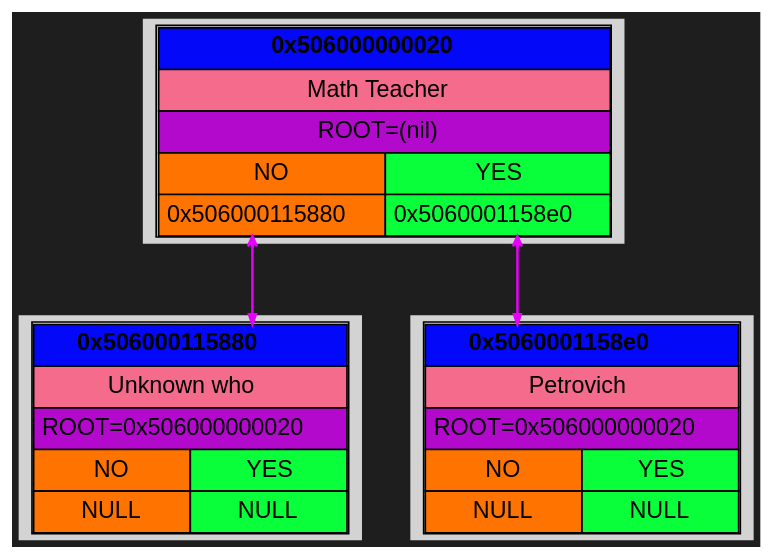
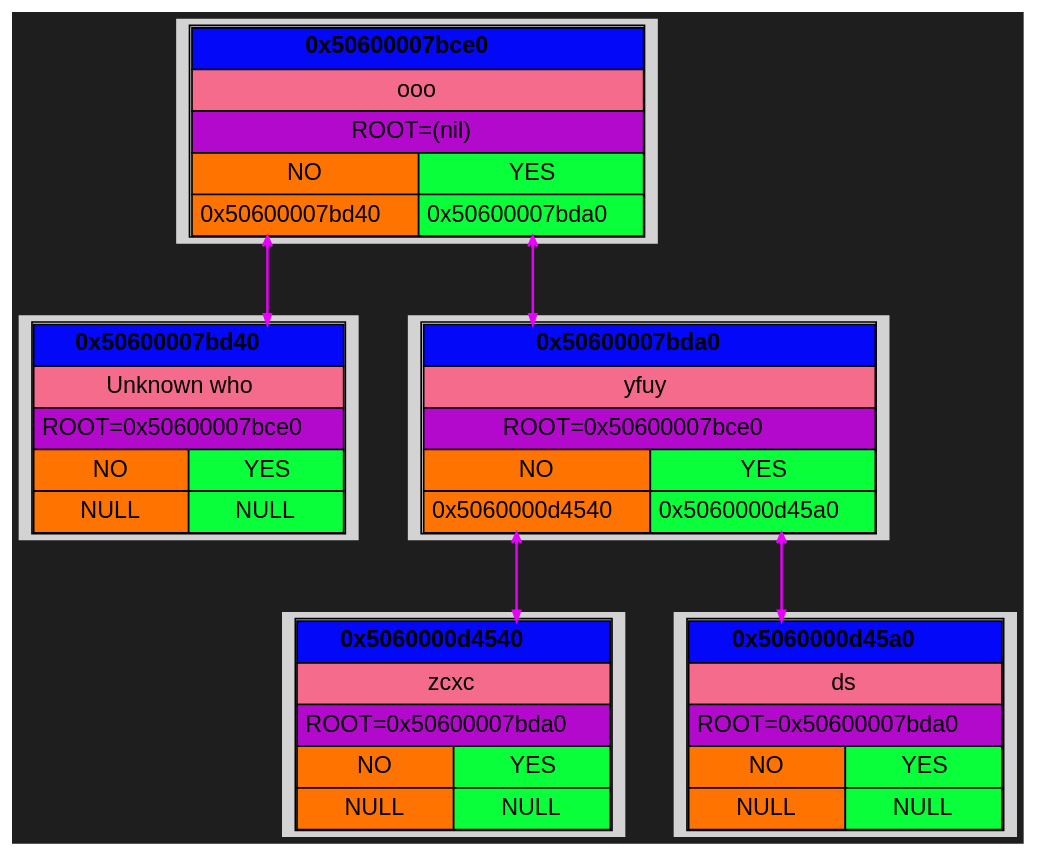
The diagram in DUMPS/DUMP_1/graph.dot (Kabuto-Mainer/Akinator), drawn with Graphviz before and after one commit. The commit also changed 62 other files, not shown here.

```diff
--- a/DUMPS/DUMP_1/graph.dot
+++ b/DUMPS/DUMP_1/graph.dot
@@ -1,49 +1,75 @@
 digraph {
   rankdir=UD;
   bgcolor="#1e1e1e"
   splines=ortho;
   nodesep=0.4;
   ranksep=0.6;
   node [shape=plaintext, style=filled, fontname="Helvetica"];
   edge [arrowhead=vee, arrowsize=0.6, penwidth=1.2];
 
-block_0x506000115880 [label=<
+block_0x50600007bd40 [label=<
 <TABLE CELLSPACING="0" CELLPADDING="4">
-<TR><TD PORT="root" BGCOLOR="#0308f9ff" COLSPAN="2"><B>0x506000115880</B></TD></TR>
+<TR><TD PORT="root" BGCOLOR="#0308f9ff" COLSPAN="2"><B>0x50600007bd40</B></TD></TR>
 <TR><TD BGCOLOR="#f46b8bff" COLSPAN="2">Unknown who</TD></TR>
-<TR><TD BGCOLOR="#b209ccff" COLSPAN="2">ROOT=0x506000000020</TD></TR>
+<TR><TD BGCOLOR="#b209ccff" COLSPAN="2">ROOT=0x50600007bce0</TD></TR>
 <TR><TD BGCOLOR="#ff7301ff">NO</TD><TD BGCOLOR="#08ff3aff">YES</TD></TR>
 <TR>
 <TD PORT="left" BGCOLOR="#ff7301ff">NULL</TD>
 <TD PORT="right" BGCOLOR="#08ff3aff">NULL</TD>
 </TR>
 </TABLE> >];
 
-block_0x5060001158e0 [label=<
+block_0x5060000d4540 [label=<
 <TABLE CELLSPACING="0" CELLPADDING="4">
-<TR><TD PORT="root" BGCOLOR="#0308f9ff" COLSPAN="2"><B>0x5060001158e0</B></TD></TR>
-<TR><TD BGCOLOR="#f46b8bff" COLSPAN="2">Petrovich</TD></TR>
-<TR><TD BGCOLOR="#b209ccff" COLSPAN="2">ROOT=0x506000000020</TD></TR>
+<TR><TD PORT="root" BGCOLOR="#0308f9ff" COLSPAN="2"><B>0x5060000d4540</B></TD></TR>
+<TR><TD BGCOLOR="#f46b8bff" COLSPAN="2">zcxc</TD></TR>
+<TR><TD BGCOLOR="#b209ccff" COLSPAN="2">ROOT=0x50600007bda0</TD></TR>
 <TR><TD BGCOLOR="#ff7301ff">NO</TD><TD BGCOLOR="#08ff3aff">YES</TD></TR>
 <TR>
 <TD PORT="left" BGCOLOR="#ff7301ff">NULL</TD>
 <TD PORT="right" BGCOLOR="#08ff3aff">NULL</TD>
 </TR>
 </TABLE> >];
 
-block_0x506000000020 [label=<
+block_0x5060000d45a0 [label=<
 <TABLE CELLSPACING="0" CELLPADDING="4">
-<TR><TD PORT="root" BGCOLOR="#0308f9ff" COLSPAN="2"><B>0x506000000020</B></TD></TR>
-<TR><TD BGCOLOR="#f46b8bff" COLSPAN="2">Math Teacher</TD></TR>
+<TR><TD PORT="root" BGCOLOR="#0308f9ff" COLSPAN="2"><B>0x5060000d45a0</B></TD></TR>
+<TR><TD BGCOLOR="#f46b8bff" COLSPAN="2">ds</TD></TR>
+<TR><TD BGCOLOR="#b209ccff" COLSPAN="2">ROOT=0x50600007bda0</TD></TR>
+<TR><TD BGCOLOR="#ff7301ff">NO</TD><TD BGCOLOR="#08ff3aff">YES</TD></TR>
+<TR>
+<TD PORT="left" BGCOLOR="#ff7301ff">NULL</TD>
+<TD PORT="right" BGCOLOR="#08ff3aff">NULL</TD>
+</TR>
+</TABLE> >];
+
+block_0x50600007bda0 [label=<
+<TABLE CELLSPACING="0" CELLPADDING="4">
+<TR><TD PORT="root" BGCOLOR="#0308f9ff" COLSPAN="2"><B>0x50600007bda0</B></TD></TR>
+<TR><TD BGCOLOR="#f46b8bff" COLSPAN="2">yfuy</TD></TR>
+<TR><TD BGCOLOR="#b209ccff" COLSPAN="2">ROOT=0x50600007bce0</TD></TR>
+<TR><TD BGCOLOR="#ff7301ff">NO</TD><TD BGCOLOR="#08ff3aff">YES</TD></TR>
+<TR>
+<TD PORT="left" BGCOLOR="#ff7301ff">0x5060000d4540</TD>
+<TD PORT="right" BGCOLOR="#08ff3aff">0x5060000d45a0</TD>
+</TR>
+</TABLE> >];
+
+block_0x50600007bce0 [label=<
+<TABLE CELLSPACING="0" CELLPADDING="4">
+<TR><TD PORT="root" BGCOLOR="#0308f9ff" COLSPAN="2"><B>0x50600007bce0</B></TD></TR>
+<TR><TD BGCOLOR="#f46b8bff" COLSPAN="2">ooo</TD></TR>
 <TR><TD BGCOLOR="#b209ccff" COLSPAN="2">ROOT=(nil)</TD></TR>
 <TR><TD BGCOLOR="#ff7301ff">NO</TD><TD BGCOLOR="#08ff3aff">YES</TD></TR>
 <TR>
-<TD PORT="left" BGCOLOR="#ff7301ff">0x506000115880</TD>
-<TD PORT="right" BGCOLOR="#08ff3aff">0x5060001158e0</TD>
+<TD PORT="left" BGCOLOR="#ff7301ff">0x50600007bd40</TD>
+<TD PORT="right" BGCOLOR="#08ff3aff">0x50600007bda0</TD>
 </TR>
 </TABLE> >];
 
-block_0x506000000020:right -> block_0x5060001158e0:root [color="#e501faff", penwidth = 1.5, arrowsize = 0.6, constraint = true, dir = both];
-block_0x506000000020:left -> block_0x506000115880:root [color="#e501faff", penwidth = 1.5, arrowsize = 0.6, constraint = true, dir = both];
+block_0x50600007bda0:right -> block_0x5060000d45a0:root [color="#e501faff", penwidth = 1.5, arrowsize = 0.6, constraint = true, dir = both];
+block_0x50600007bda0:left -> block_0x5060000d4540:root [color="#e501faff", penwidth = 1.5, arrowsize = 0.6, constraint = true, dir = both];
+block_0x50600007bce0:right -> block_0x50600007bda0:root [color="#e501faff", penwidth = 1.5, arrowsize = 0.6, constraint = true, dir = both];
+block_0x50600007bce0:left -> block_0x50600007bd40:root [color="#e501faff", penwidth = 1.5, arrowsize = 0.6, constraint = true, dir = both];
 
 }
```
